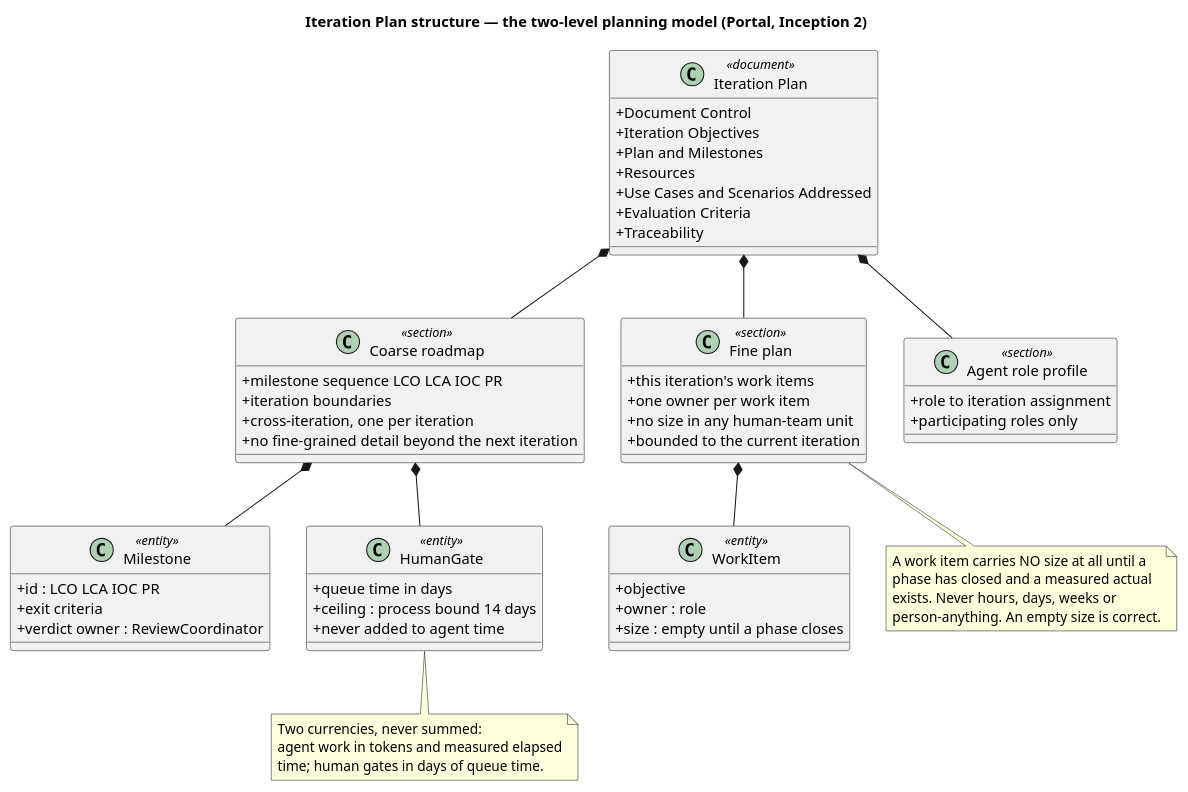
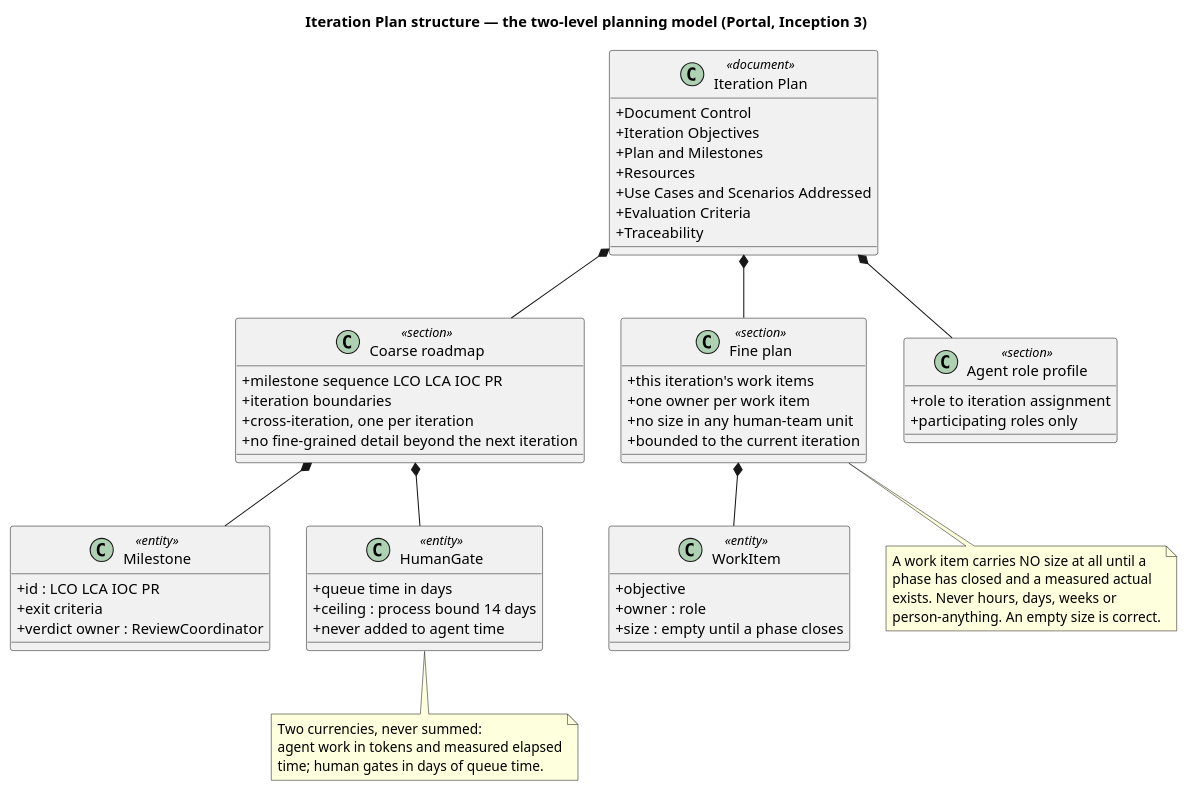
Before and after one commit to banense-test/portal: the first of 3 diagrams in docs/artifacts/project-management/iteration-plan.md, drawn with PlantUML. The commit also changed other lines of this file, not shown here.

First line of the commit message:
Project Manager [I2]: upsert Iteration Plan

````diff
--- a/docs/artifacts/project-management/iteration-plan.md
+++ b/docs/artifacts/project-management/iteration-plan.md
@@ -12,74 +11,74 @@
 ```plantuml
 @startuml
-title Iteration Plan structure — the two-level planning model (Portal, Inception 2)
+title Iteration Plan structure — the two-level planning model (Portal, Inception 3)
 
 skinparam classAttributeIconSize 0
 
 class "Iteration Plan" as IP <<document>> {
   + Document Control
   + Iteration Objectives
   + Plan and Milestones
   + Resources
   + Use Cases and Scenarios Addressed
   + Evaluation Criteria
   + Traceability
 }
 
 class "Coarse roadmap" as COARSE <<section>> {
   + milestone sequence LCO LCA IOC PR
   + iteration boundaries
   + cross-iteration, one per iteration
   + no fine-grained detail beyond the next iteration
 }
 
 class "Fine plan" as FINE <<section>> {
   + this iteration's work items
   + one owner per work item
   + no size in any human-team unit
   + bounded to the current iteration
 }
 
 class "Agent role profile" as ROLES <<section>> {
   + role to iteration assignment
   + participating roles only
 }
 
 class "Milestone" as MS <<entity>> {
   + id : LCO LCA IOC PR
   + exit criteria
   + verdict owner : ReviewCoordinator
 }
 
 class "WorkItem" as WI <<entity>> {
   + objective
   + owner : role
   + size : empty until a phase closes
 }
 
 class "HumanGate" as GATE <<entity>> {
   + queue time in days
   + ceiling : process bound 14 days
   + never added to agent time
 }
 
 IP *-- COARSE
 IP *-- FINE
 IP *-- ROLES
 COARSE *-- MS
 FINE *-- WI
 COARSE *-- GATE
 
 note bottom of FINE
   A work item carries NO size at all until a
   phase has closed and a measured actual
   exists. Never hours, days, weeks or
   person-anything. An empty size is correct.
 end note
 
 note bottom of GATE
   Two currencies, never summed:
   agent work in tokens and measured elapsed
   time; human gates in days of queue time.
 end note
 @enduml
 ```
````
